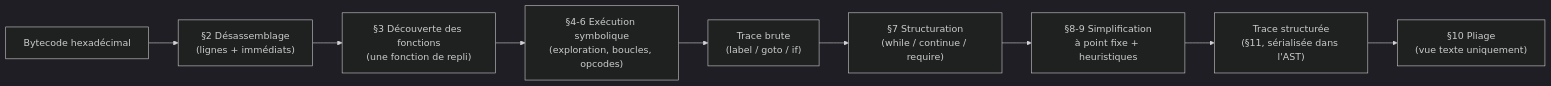
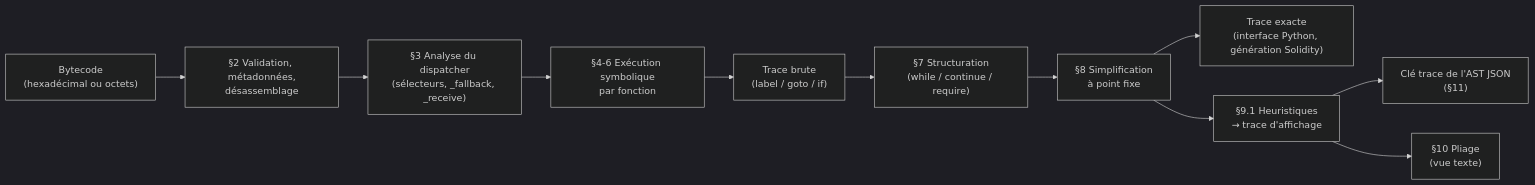
Before and after one commit to Dowsers/Scobelix: the diagram in docs/specification-fonctionnelle/pipeline-decompilation.md, drawn with Mermaid (dark theme). The commit also changed other lines of this file and 20 other files, not shown here.

````diff
--- a/docs/specification-fonctionnelle/pipeline-decompilation.md
+++ b/docs/specification-fonctionnelle/pipeline-decompilation.md
@@ -13,11 +13,13 @@
 ```mermaid
 flowchart LR
-    HEX["Bytecode hexadécimal"] --> D["§2 Désassemblage<br/>(lignes + immédiats)"]
-    D --> F["§3 Découverte des fonctions<br/>(une fonction de repli)"]
-    F --> X["§4-6 Exécution symbolique<br/>(exploration, boucles, opcodes)"]
+    HEX["Bytecode<br/>(hexadécimal ou octets)"] --> D["§2 Validation, métadonnées,<br/>désassemblage"]
+    D --> F["§3 Analyse du dispatcher<br/>(sélecteurs, _fallback, _receive)"]
+    F --> X["§4-6 Exécution symbolique<br/>par fonction"]
     X --> RAW["Trace brute<br/>(label / goto / if)"]
     RAW --> S["§7 Structuration<br/>(while / continue / require)"]
-    S --> P["§8-9 Simplification<br/>à point fixe + heuristiques"]
-    P --> T["Trace structurée<br/>(§11, sérialisée dans l'AST)"]
-    T --> FO["§10 Pliage<br/>(vue texte uniquement)"]
+    S --> P["§8 Simplification<br/>à point fixe"]
+    P --> EX["Trace exacte<br/>(interface Python, génération Solidity)"]
+    P --> AF["§9.1 Heuristiques<br/>→ trace d'affichage"]
+    AF --> T["Clé trace de l'AST JSON<br/>(§11)"]
+    AF --> FO["§10 Pliage<br/>(vue texte)"]
 ```
````
